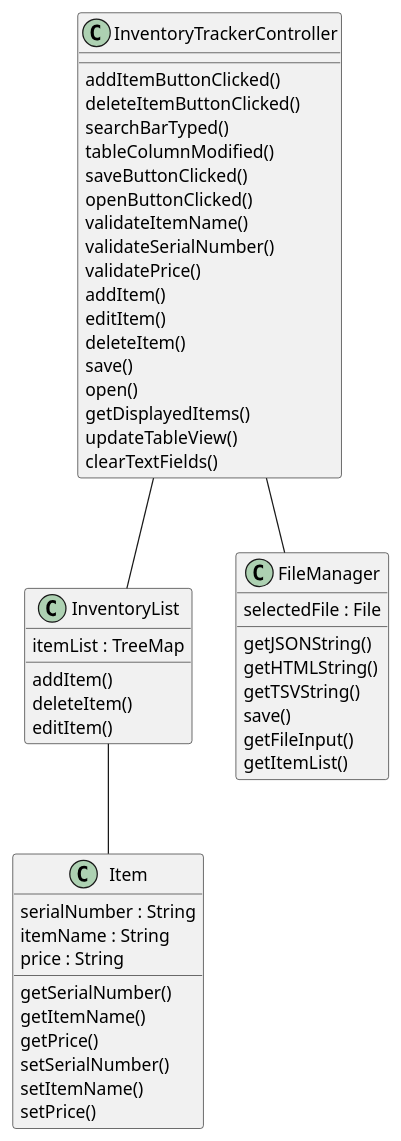
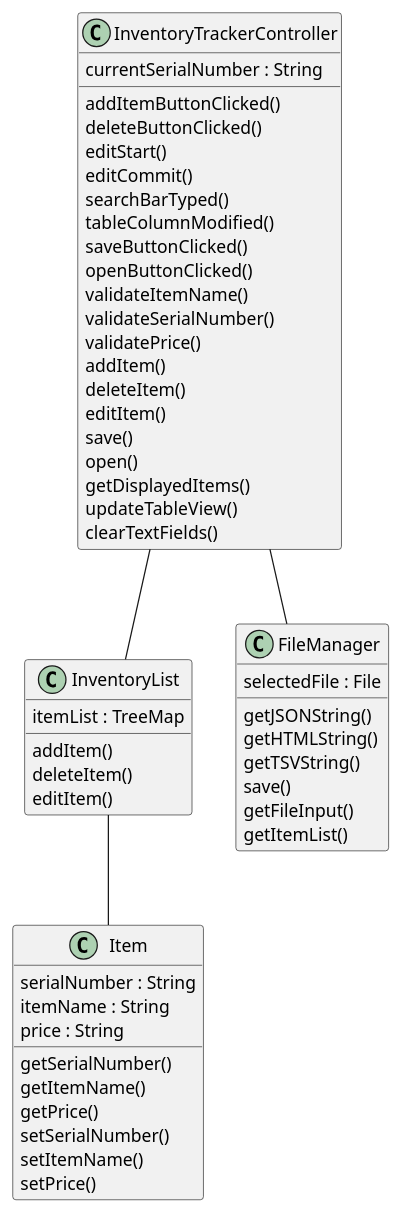
The diagram in uml/ClassDiagram.puml (admonlee/InventoryTracker), drawn with PlantUML before and after one commit. The commit also changed 4 other files, not shown here.

Commit message:
Added function to edit item info, along with associated unit tests

```diff
--- a/uml/ClassDiagram.puml
+++ b/uml/ClassDiagram.puml
@@ -1,60 +1,63 @@
 @startuml
 
 class InventoryTrackerController
 {
+currentSerialNumber : String
 addItemButtonClicked()
-deleteItemButtonClicked()
+deleteButtonClicked()
+editStart()
+editCommit()
 searchBarTyped()
 tableColumnModified()
 saveButtonClicked()
 openButtonClicked()
 validateItemName()
 validateSerialNumber()
 validatePrice()
 addItem()
+deleteItem()
 editItem()
-deleteItem()
 save()
 open()
 getDisplayedItems()
 updateTableView()
 clearTextFields()
 }
 
 class InventoryList
 {
 itemList : TreeMap
 addItem()
 deleteItem()
 editItem()
 }
 
 class Item
 {
 serialNumber : String
 itemName : String
 price : String
 getSerialNumber()
 getItemName()
 getPrice()
 setSerialNumber()
 setItemName()
 setPrice()
 }
 
 class FileManager
 {
 selectedFile : File
 getJSONString()
 getHTMLString()
 getTSVString()
 save()
 getFileInput()
 getItemList()
 }
 
 InventoryTrackerController -- InventoryList
 InventoryList -- Item
 InventoryTrackerController -- FileManager
 
 @enduml
```
